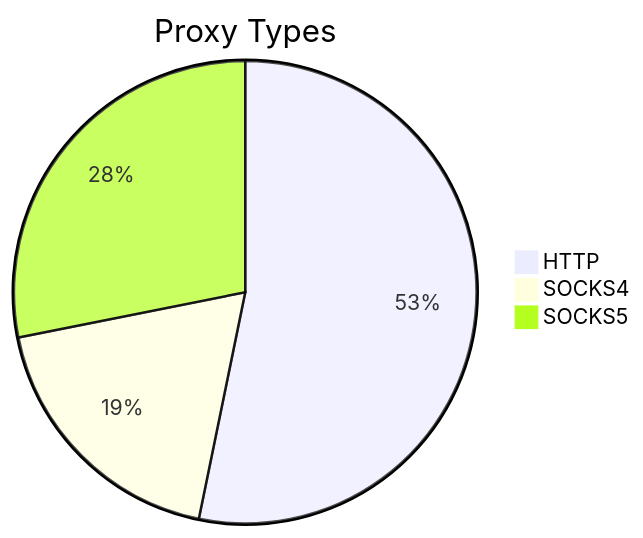
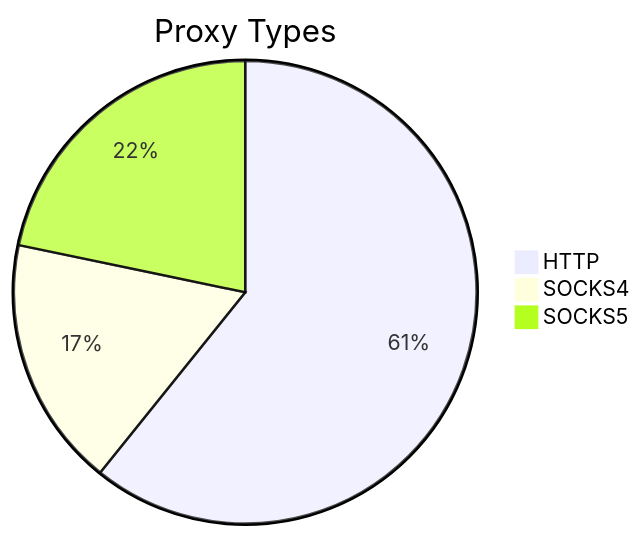
The first of 2 diagrams in README.md (stormsia/proxy-list), drawn with Mermaid before and after one commit. The commit also changed other lines of this file, not shown here.

````diff
--- a/README.md
+++ b/README.md
@@ -21,6 +21,6 @@
 ```mermaid
 pie title Proxy Types
-    "HTTP" : 331
-    "SOCKS4" : 116
-    "SOCKS5" : 175
+    "HTTP" : 372
+    "SOCKS4" : 107
+    "SOCKS5" : 133
 ```
````
